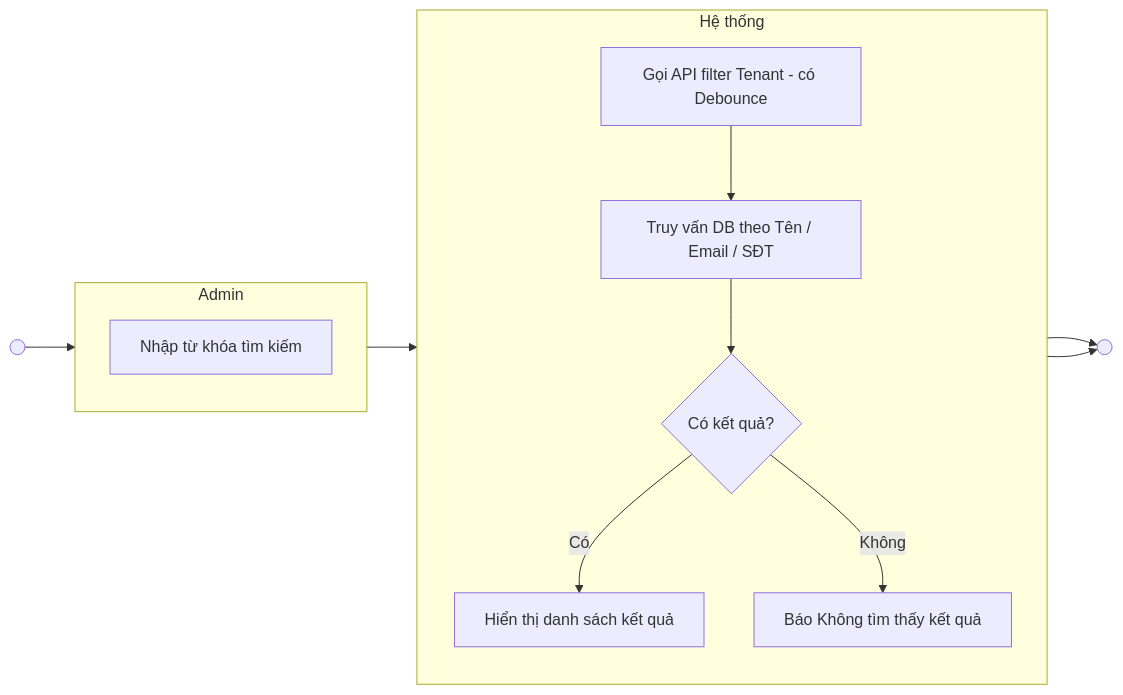
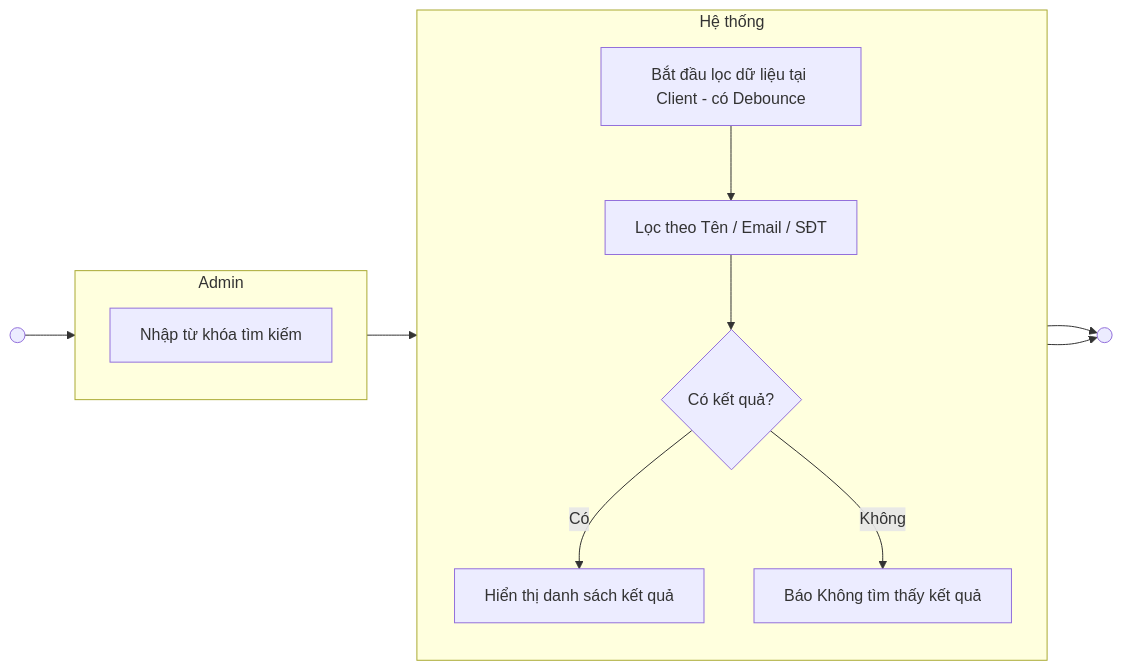
The sixth of 18 diagrams in documents/activity-diagrams.md (ngogiaquyen/acw-srs), drawn with Mermaid before and after one commit. The commit also changed other lines of this file and 23 other files, not shown here.

````diff
--- a/documents/activity-diagrams.md
+++ b/documents/activity-diagrams.md
@@ -136,18 +140,18 @@
 ```mermaid
 flowchart LR
   subgraph ND["Admin"]
     direction TB
-    a1[Nhập từ khóa tìm kiếm]
+    a1["Nhập từ khóa tìm kiếm"]
   end
   subgraph HT["Hệ thống"]
     direction TB
-    b1[Gọi API filter Tenant - có Debounce]
-    b2[Truy vấn DB theo Tên / Email / SĐT]
-    b3{Có kết quả?}
-    b4[Hiển thị danh sách kết quả]
-    b5[Báo Không tìm thấy kết quả]
+    b1["Bắt đầu lọc dữ liệu tại Client - có Debounce"]
+    b2["Lọc theo Tên / Email / SĐT"]
+    b3{"Có kết quả?"}
+    b4["Hiển thị danh sách kết quả"]
+    b5["Báo Không tìm thấy kết quả"]
   end
   S(( )) --> a1 --> b1 --> b2 --> b3
   b3 -->|Có| b4 --> E(( ))
   b3 -->|Không| b5 --> E
 ```
````
